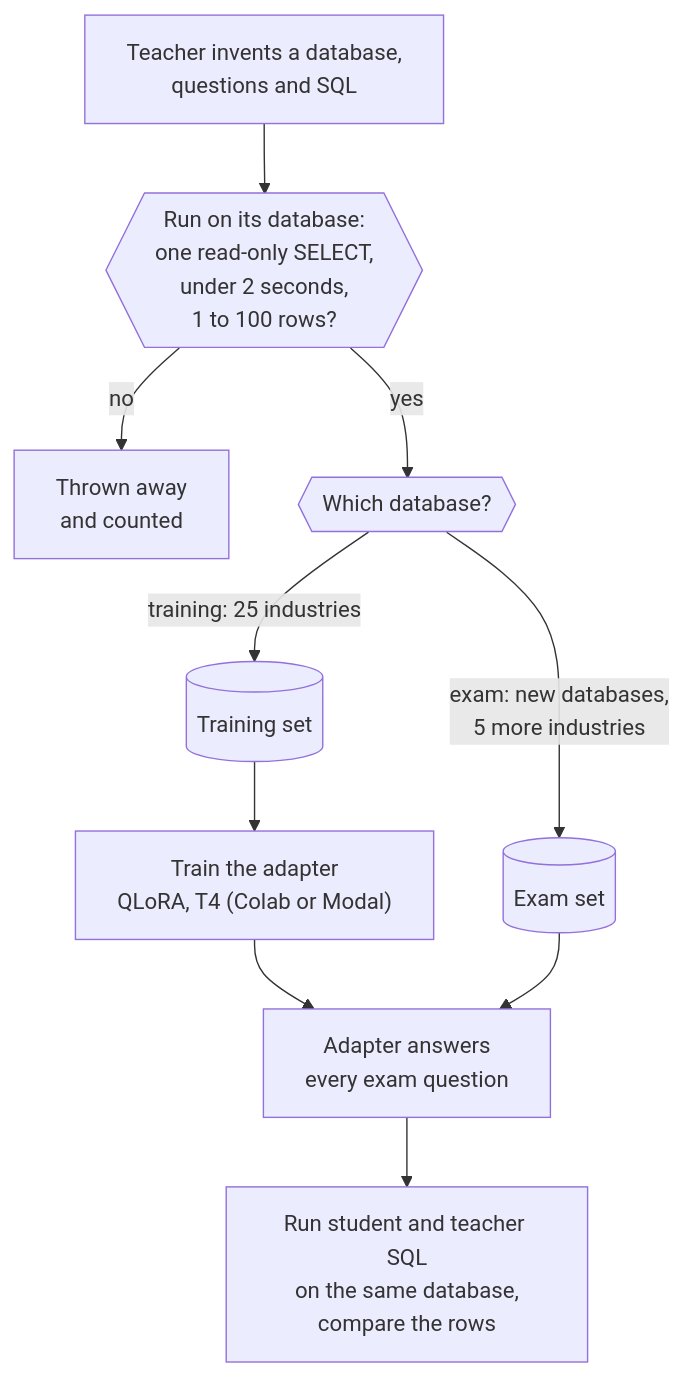
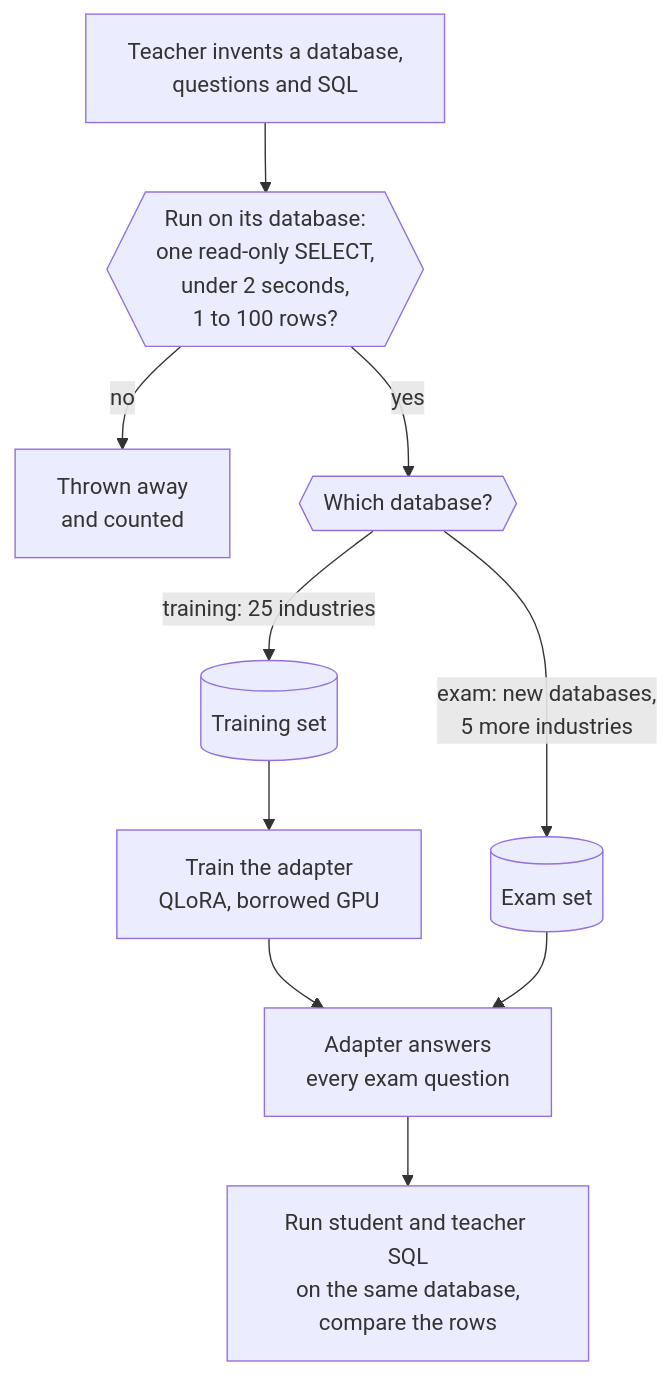
Before and after one commit to harshbhx/ratchet: the first of 3 diagrams in docs-site/src/content/docs/guides/text-to-sql.mdx, drawn with Mermaid. The commit also changed other lines of this file and 112 other files, not shown here.

````diff
--- a/docs-site/src/content/docs/guides/text-to-sql.mdx
+++ b/docs-site/src/content/docs/guides/text-to-sql.mdx
@@ -85,18 +85,18 @@
 ```mermaid
 flowchart TB
   T["Teacher invents a database,<br/>questions and SQL"] --> C{{"Run on its database:<br/>one read-only SELECT,<br/>under 2 seconds,<br/>1 to 100 rows?"}}
   C -->|"no"| X["Thrown away<br/>and counted"]
   C -->|"yes"| S{{"Which database?"}}
   S -->|"training: 25 industries"| TR[("Training set")]
   S -->|"exam: new databases,<br/>5 more industries"| EX[("Exam set")]
-  TR --> L["Train the adapter<br/>QLoRA, T4 (Colab or Modal)"]
+  TR --> L["Train the adapter<br/>QLoRA, borrowed GPU"]
   L --> M["Adapter answers<br/>every exam question"]
   EX --> M
   M --> R["Run student and teacher SQL<br/>on the same database,<br/>compare the rows"]
   class T teacher
   class C,S gate
   class X danger
   class TR,EX store
   class L,M student
   class R ok
 ```
````
